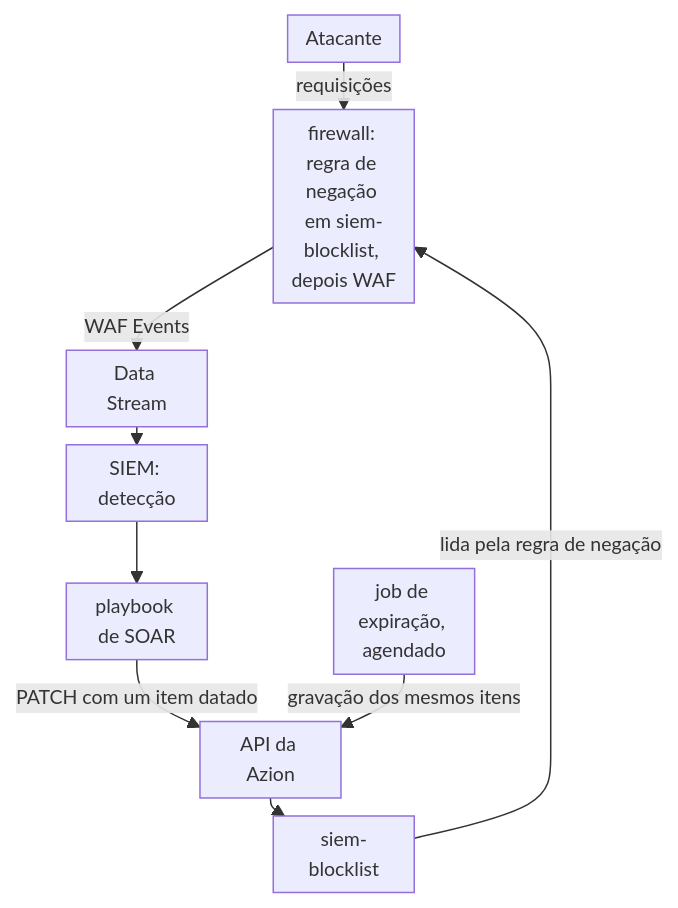
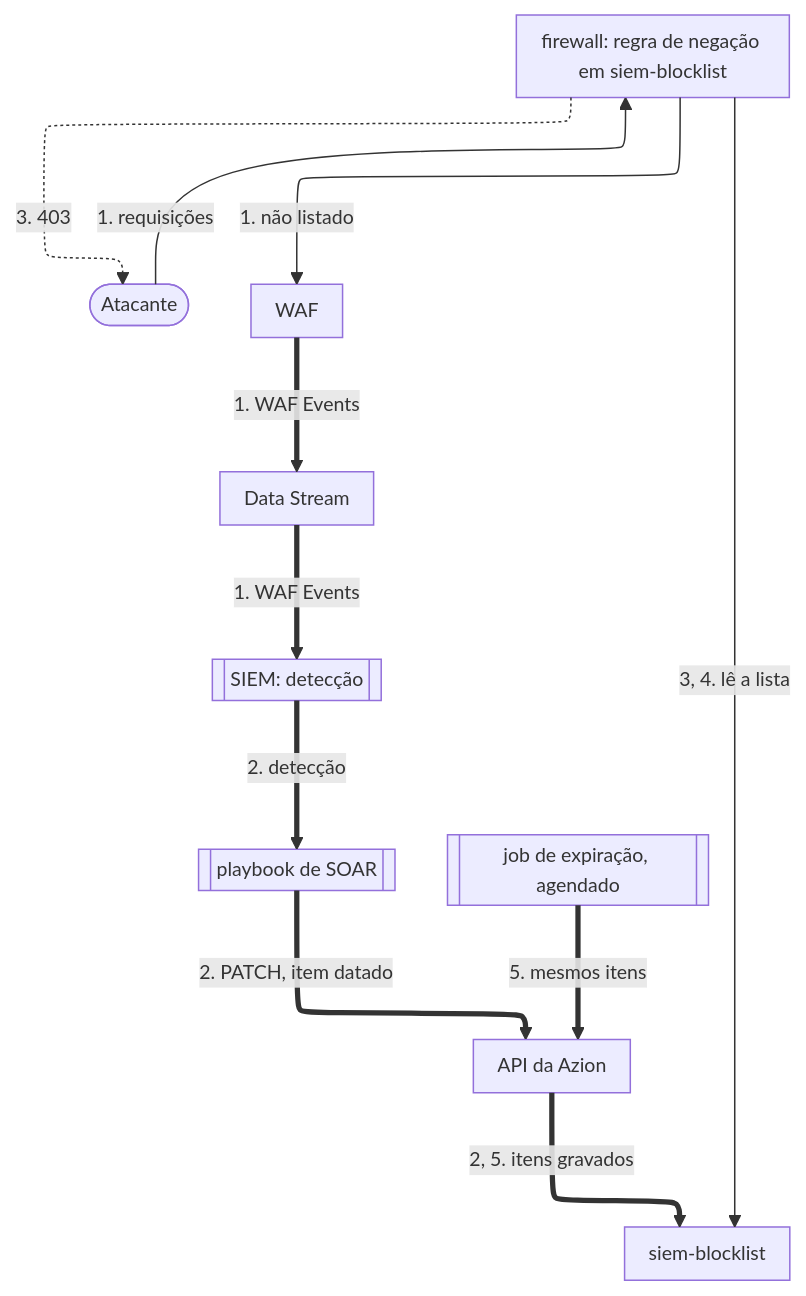
Before and after one commit to aziontech/docs: the diagram in apps/docs/src/content/docs/pt-br/pages/arquiteturas/security-automation/security-automation.mdx, drawn with Mermaid. The commit also changed other lines of this file and 179 other files, not shown here.

Commit message:
docs(diagrams): redraw every other diagram in the use-case diagram style (#2513)

````diff
--- a/apps/docs/src/content/docs/pt-br/pages/arquiteturas/security-automation/security-automation.mdx
+++ b/apps/docs/src/content/docs/pt-br/pages/arquiteturas/security-automation/security-automation.mdx
@@ -18,12 +20,23 @@
 ```mermaid
-%%{init: {"layout": "dagre", "themeVariables": {"fontSize": "13px"}, "flowchart": {"nodeSpacing": 12, "rankSpacing": 12, "padding": 6, "wrappingWidth": 70, "minNodeWidth": 40, "useMaxWidth": true}}}%%
+%%{init: {"layout": "elk", "elk": {"cycleBreakingStrategy": "MODEL_ORDER"}, "themeVariables": {"fontSize": "13px"}, "flowchart": {"nodeSpacing": 24, "rankSpacing": 36, "padding": 8, "wrappingWidth": 150, "useMaxWidth": true}, "sequence": {"width": 120, "actorMargin": 30, "useMaxWidth": true}}}%%
 flowchart TD
-  Attacker["Atacante"] -->|"requisições"| FW["firewall: regra de negação em siem-blocklist, depois WAF"]
-  FW -->|"WAF Events"| DS["Data Stream"]
-  DS --> SIEM["SIEM: detecção"]
-  SIEM --> SOAR["playbook de SOAR"]
-  SOAR -->|"PATCH com um item datado"| API["API da Azion"]
-  API --> List["siem-blocklist"]
-  List -->|"lida pela regra de negação"| FW
-  Job["job de expiração, agendado"] -->|"gravação dos mesmos itens"| API
+  Attacker(["Atacante"])
+  FW["firewall: regra de negação em siem-blocklist"]
+  WAF["WAF"]
+  List["siem-blocklist"]
+  DS["Data Stream"]
+  SIEM[["SIEM: detecção"]]
+  SOAR[["playbook de SOAR"]]
+  API["API da Azion"]
+  Job[["job de expiração, agendado"]]
+  Attacker -->|"1. requisições"| FW
+  FW -->|"3, 4. lê a lista"| List
+  FW -->|"1. não listado"| WAF
+  FW -.->|"3. 403"| Attacker
+  WAF ==>|"1. WAF Events"| DS
+  DS ==>|"1. WAF Events"| SIEM
+  SIEM ==>|"2. detecção"| SOAR
+  SOAR ==>|"2. PATCH, item datado"| API
+  Job ==>|"5. mesmos itens"| API
+  API ==>|"2, 5. itens gravados"| List
 ```
````
